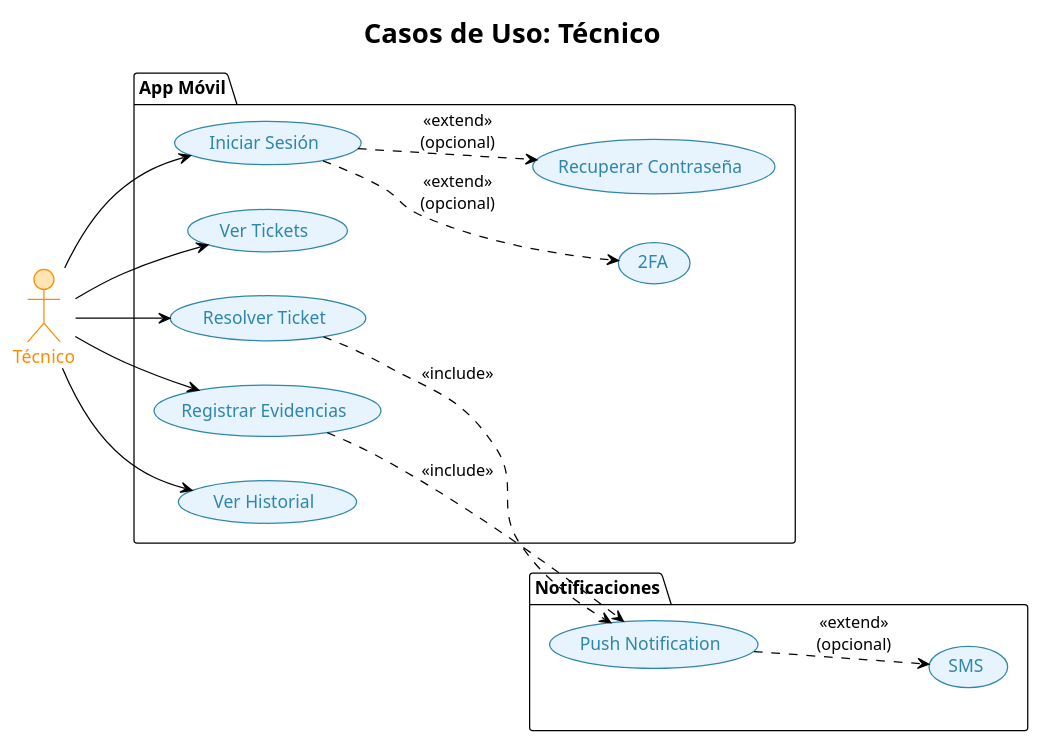
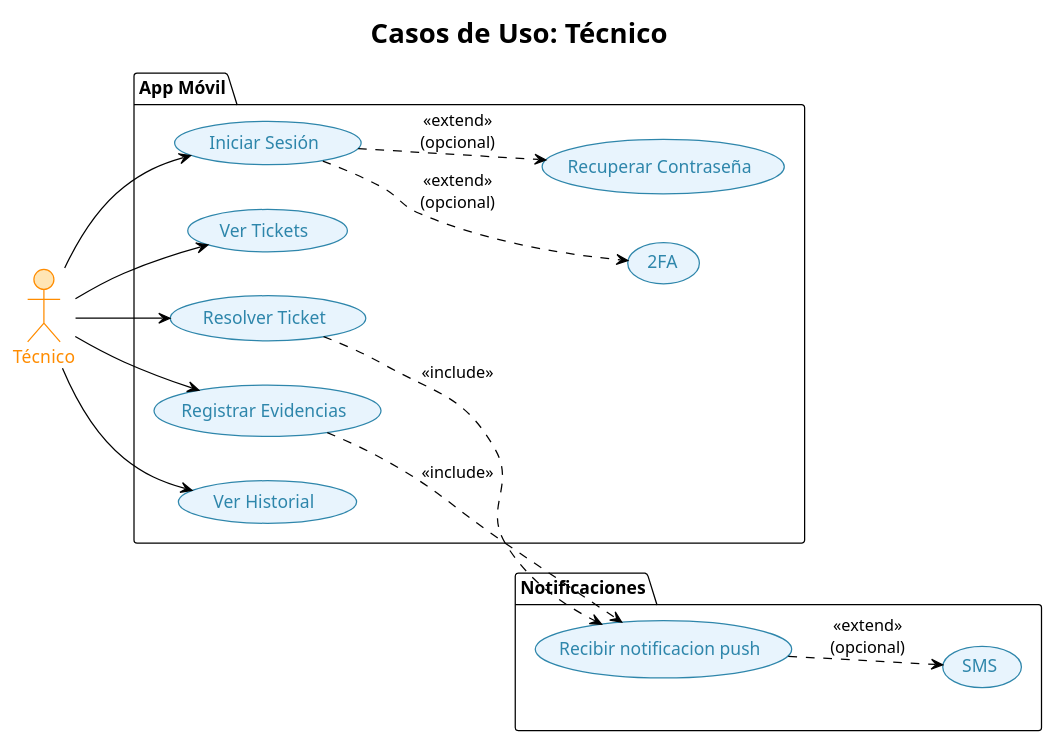
The diagram in architecture/use_case/Tecnico_use_case.wsd (Samuelpaloma/alcaldia), drawn with PlantUML before and after one commit. The commit also changed 6 other files, not shown here.

Commit message:
fix(diagrams): correct incorrect flow in activity diagram

```diff
--- a/architecture/use_case/Tecnico_use_case.wsd
+++ b/architecture/use_case/Tecnico_use_case.wsd
@@ -1,52 +1,52 @@
 @startuml
 !theme plain
 skinparam backgroundColor #FFFFFF
 skinparam usecase {
   BackgroundColor #E8F4FD
   BorderColor #2E86AB
   FontColor #2E86AB
 }
 skinparam actor {
   BackgroundColor #FFE5B4
   BorderColor #FF8C00
   FontColor #FF8C00
 }
 
 title Casos de Uso: Técnico
 
 left to right direction
 
 actor "Técnico" as T
 
 package "App Móvil" {
   usecase "Iniciar Sesión" as Login
   usecase "Ver Tickets" as VerTickets
   usecase "Resolver Ticket" as Resolver
   usecase "Registrar Evidencias" as Evidencias
   usecase "Ver Historial" as Historial
   usecase "2FA" as 2FA
   usecase "Recuperar Contraseña" as Recuperar
 }
 
 package "Notificaciones" {
-  usecase "Push Notification" as Push
+  usecase "Recibir notificacion push" as Push
   usecase "SMS" as SMS
 }
 
 ' === Relaciones ===
 T --> Login
 T --> VerTickets
 T --> Resolver
 T --> Evidencias
 T --> Historial
 
 ' === Include ===
 Resolver ..> Push : "<<include>>"
 Evidencias ..> Push : "<<include>>"
 
 ' === Extend ===
 Login ..> 2FA : "<<extend>>\n(opcional)"
 Login ..> Recuperar : "<<extend>>\n(opcional)"
 Push ..> SMS : "<<extend>>\n(opcional)"
 
 @enduml
```
